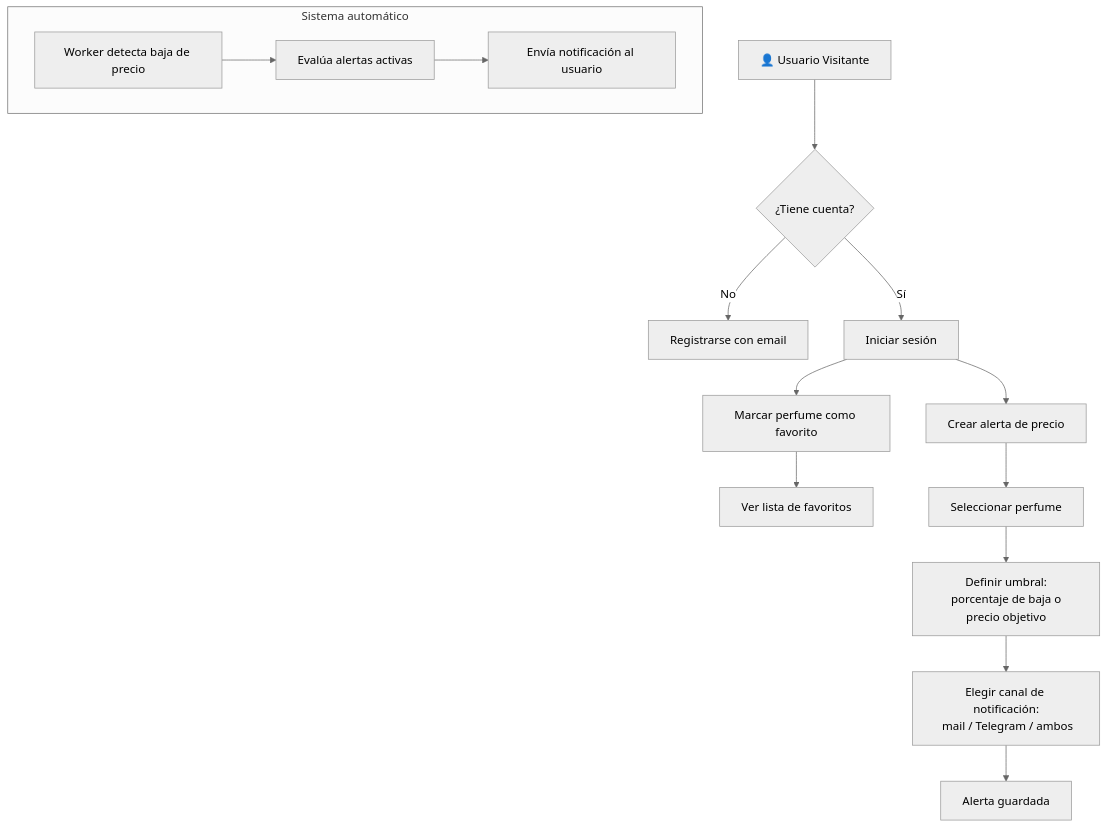
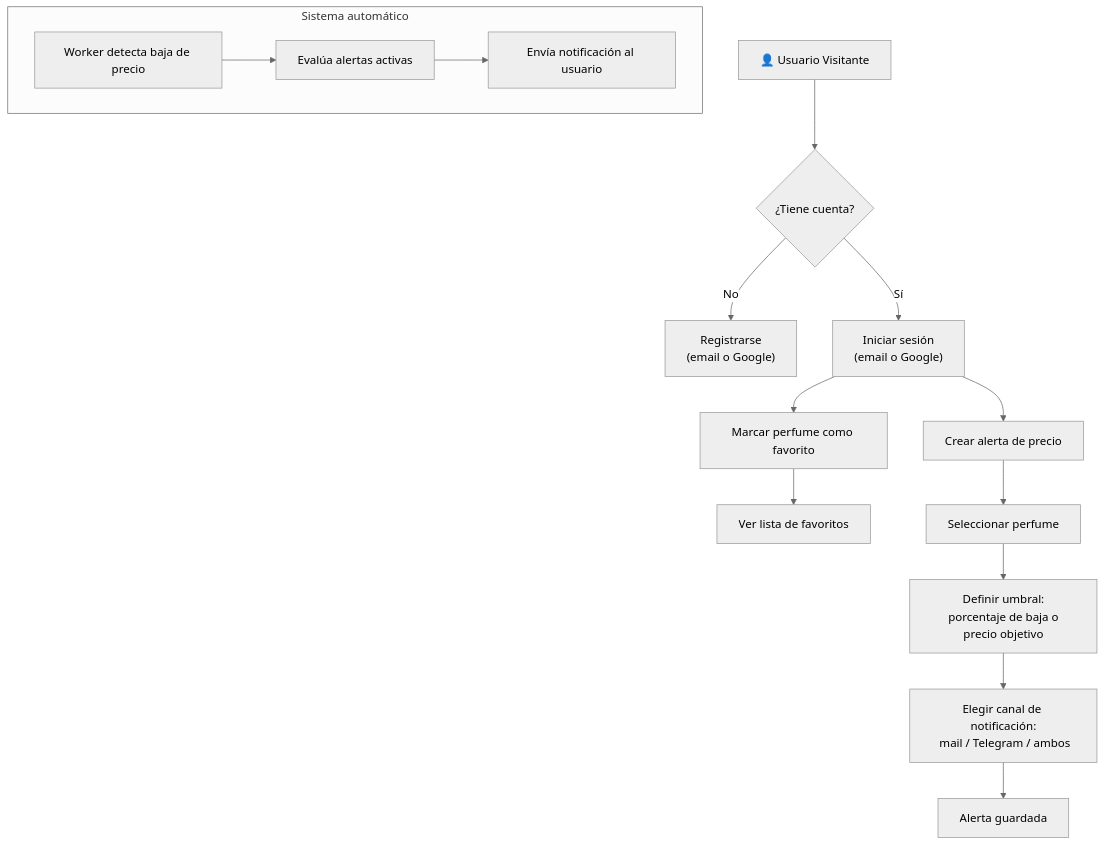
Before and after one commit to rchamy/perfum-prices-v2: the sixth of 8 diagrams in docs/UseCases.md, drawn with Mermaid (neutral theme). The commit also changed other lines of this file and 8 other files, not shown here.

````diff
--- a/docs/UseCases.md
+++ b/docs/UseCases.md
@@ -148,23 +148,23 @@
 ```mermaid
 flowchart TD
     Visitor["👤 Usuario Visitante"]
 
     Visitor --> R1{"¿Tiene cuenta?"}
-    R1 -->|"No"| R2["Registrarse con email"]
-    R1 -->|"Sí"| R3["Iniciar sesión"]
+    R1 -->|"No"| R2["Registrarse\n(email o Google)"]
+    R1 -->|"Sí"| R3["Iniciar sesión\n(email o Google)"]
 
     R3 --> F1["Marcar perfume como favorito"]
     F1 --> F2["Ver lista de favoritos"]
 
     R3 --> A1["Crear alerta de precio"]
     A1 --> A2["Seleccionar perfume"]
     A2 --> A3["Definir umbral:\n porcentaje de baja o precio objetivo"]
     A3 --> A4["Elegir canal de notificación:\n mail / Telegram / ambos"]
     A4 --> A5["Alerta guardada"]
 
     subgraph Auto["Sistema automático"]
         W1["Worker detecta baja de precio"]
         W1 --> W2["Evalúa alertas activas"]
         W2 --> W3["Envía notificación al usuario"]
     end
 ```
````
